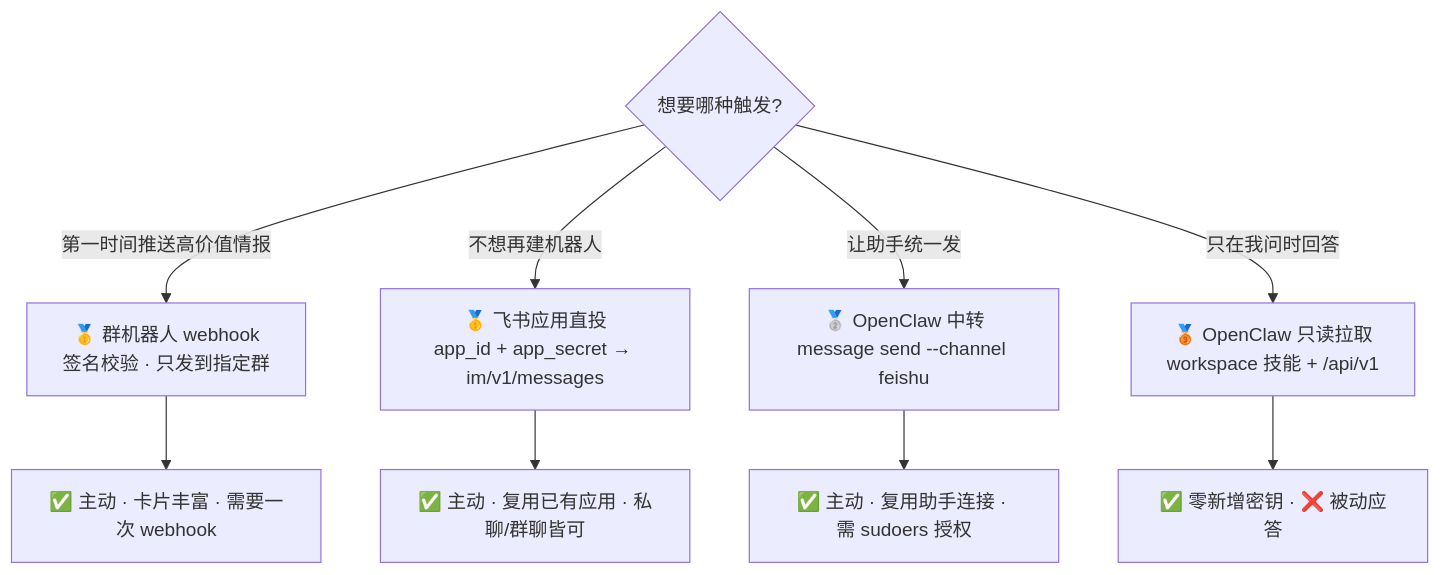
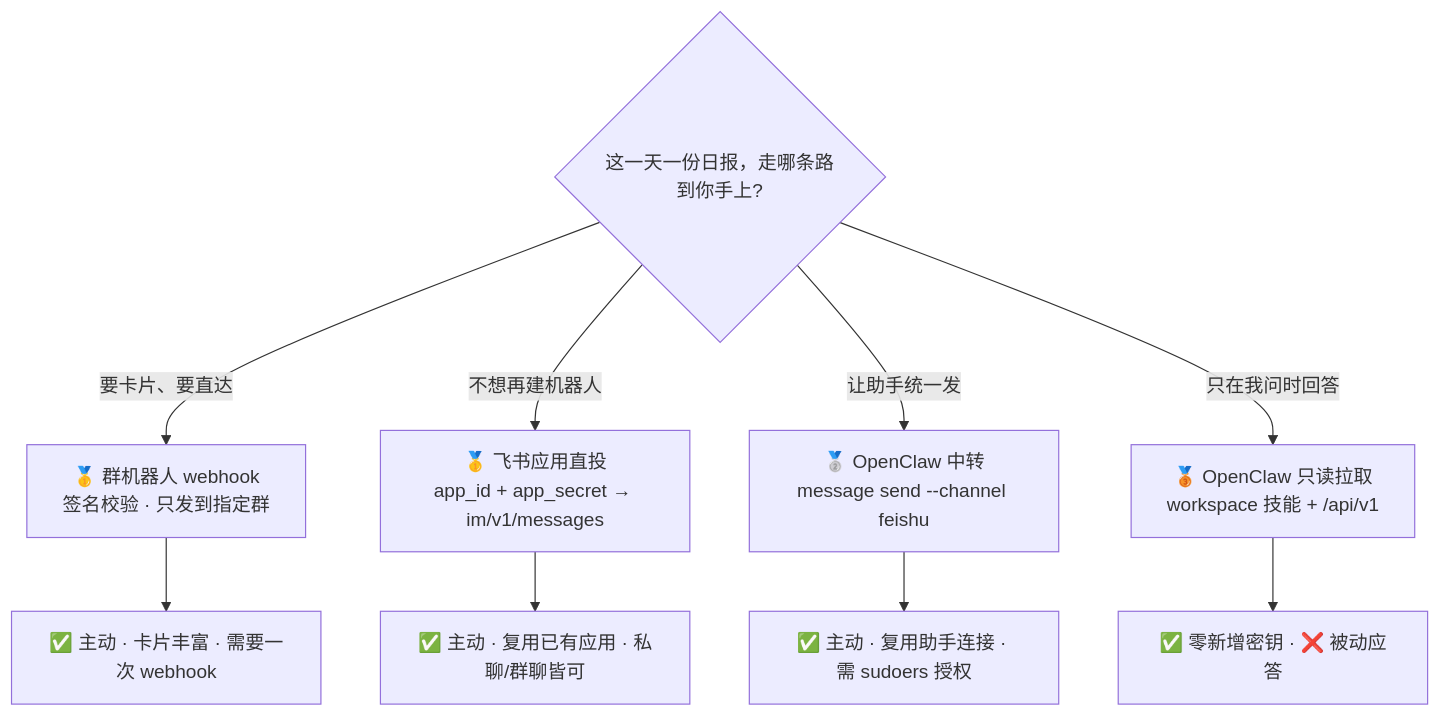
One commit to xiabee/Deal-Hunter changed the fifth of 5 diagrams in README.md. Above: the diagram before and after it, drawn with Mermaid. The commit also changed other lines of this file and 4 other files, not shown here.

First line of the commit message:
docs: 按日报形态重写 README，并建立 docs/ROADMAP.md 与 STATUS.md

````diff
--- a/README.md
+++ b/README.md
@@ -344,12 +376,12 @@
 ```mermaid
 flowchart TD
-    Q{想要哪种触发?} -- "第一时间推送高价值情报" --> W1["🥇 群机器人 webhook<br/>签名校验 · 只发到指定群"]
+    Q{这一天一份日报，走哪条路到你手上?} -- "要卡片、要直达" --> W1["🥇 群机器人 webhook<br/>签名校验 · 只发到指定群"]
     Q -- "不想再建机器人" --> W1b["🥇 飞书应用直投<br/>app_id + app_secret → im/v1/messages"]
     Q -- "让助手统一发" --> W2["🥈 OpenClaw 中转<br/>message send --channel feishu"]
     Q -- "只在我问时回答" --> W3["🥉 OpenClaw 只读拉取<br/>workspace 技能 + /api/v1"]
 
     W1 --> C1["✅ 主动 · 卡片丰富 · 需要一次 webhook"]
     W1b --> C1b["✅ 主动 · 复用已有应用 · 私聊/群聊皆可"]
     W2 --> C2["✅ 主动 · 复用助手连接 · 需 sudoers 授权"]
     W3 --> C3["✅ 零新增密钥 · ❌ 被动应答"]
 ```
````
